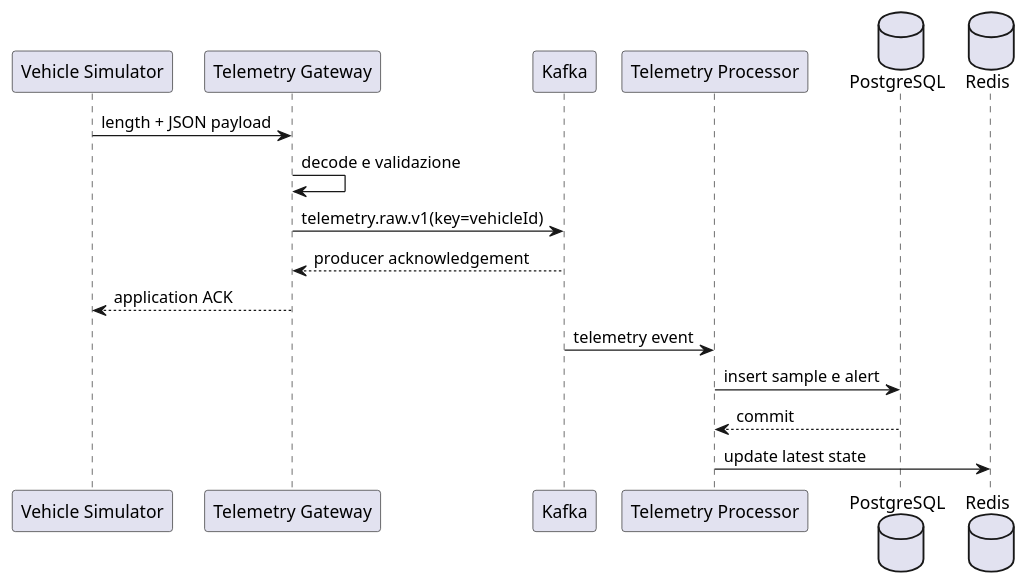
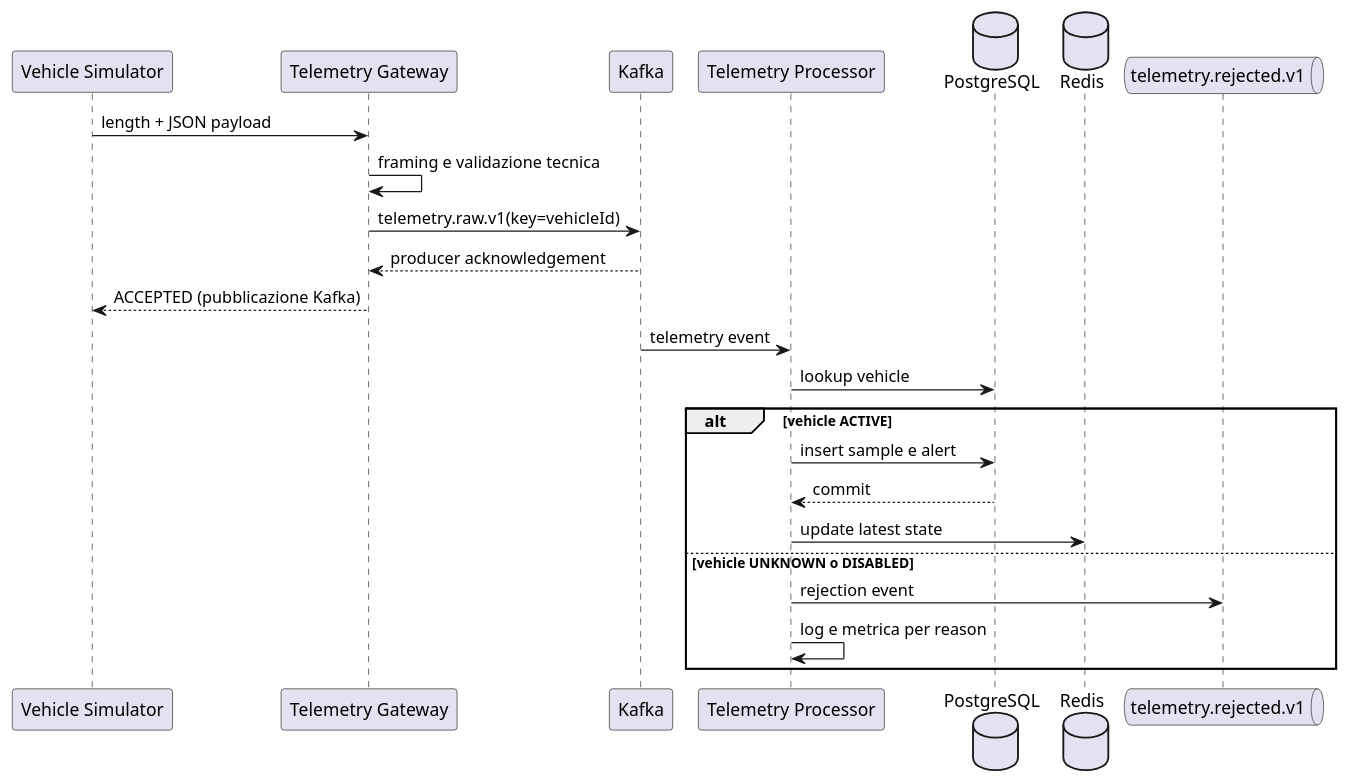
One commit to val3riot/FleetPulse changed the diagram in docs/diagrammi/sequenza-telemetria.puml. Above: the diagram before and after it, drawn with PlantUML. The commit also changed 12 other files, not shown here.

First line of the commit message:
docs(architecture): define asynchronous vehicle validation

```diff
--- a/docs/diagrammi/sequenza-telemetria.puml
+++ b/docs/diagrammi/sequenza-telemetria.puml
@@ -1,18 +1,25 @@
 @startuml
 participant "Vehicle Simulator" as Simulator
 participant "Telemetry Gateway" as Gateway
 participant Kafka
 participant "Telemetry Processor" as Processor
 database PostgreSQL
 database Redis
+queue "telemetry.rejected.v1" as Rejected
 
 Simulator -> Gateway : length + JSON payload
-Gateway -> Gateway : decode e validazione
+Gateway -> Gateway : framing e validazione tecnica
 Gateway -> Kafka : telemetry.raw.v1(key=vehicleId)
 Kafka --> Gateway : producer acknowledgement
-Gateway --> Simulator : application ACK
+Gateway --> Simulator : ACCEPTED (pubblicazione Kafka)
 Kafka -> Processor : telemetry event
-Processor -> PostgreSQL : insert sample e alert
-PostgreSQL --> Processor : commit
-Processor -> Redis : update latest state
+Processor -> PostgreSQL : lookup vehicle
+alt vehicle ACTIVE
+    Processor -> PostgreSQL : insert sample e alert
+    PostgreSQL --> Processor : commit
+    Processor -> Redis : update latest state
+else vehicle UNKNOWN o DISABLED
+    Processor -> Rejected : rejection event
+    Processor -> Processor : log e metrica per reason
+end
 @enduml
```
